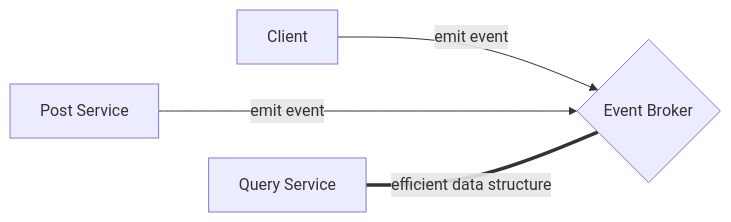
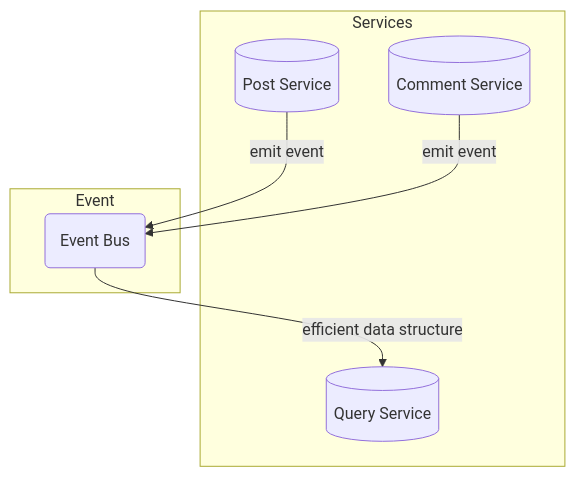
One commit to bstLearning/microservice-blog changed the fourth of 4 diagrams in README.md. Above: the diagram before and after it, drawn with Mermaid. The commit also changed other lines of this file, not shown here.

Commit message:
docs: update mermaid graph

````diff
--- a/README.md
+++ b/README.md
@@ -67,6 +78,14 @@
 ```mermaid
-graph LR
-    A[Client] --> |emit event|D{Event Broker}
-    B[Post Service] ---> |emit event|D
-    C[Query Service] === |efficient data structure |D
+graph TD
+    subgraph Services
+    A[(Post Service)]
+    B[(Comment Service)]
+    C[(Query Service)]
+    end
+    subgraph Event
+    D(Event Bus)
+    end
+    A --> |emit event|D
+    B --> |emit event|D
+    D --> |efficient data structure |C
 ```
````
